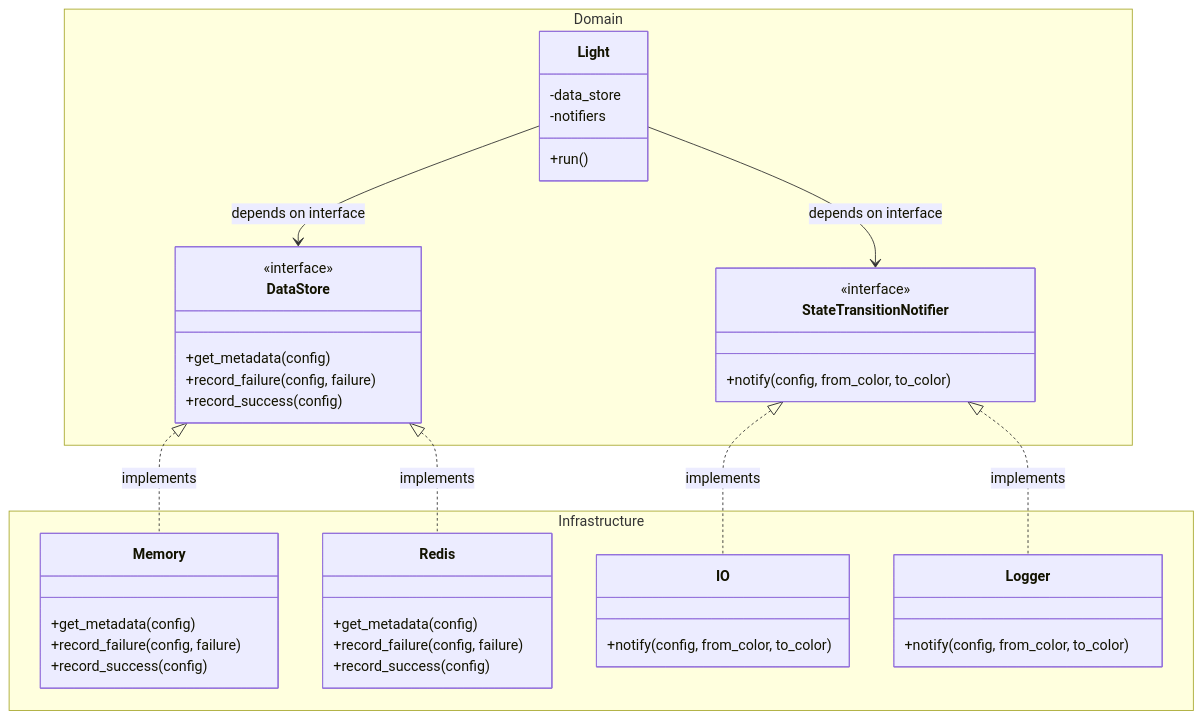
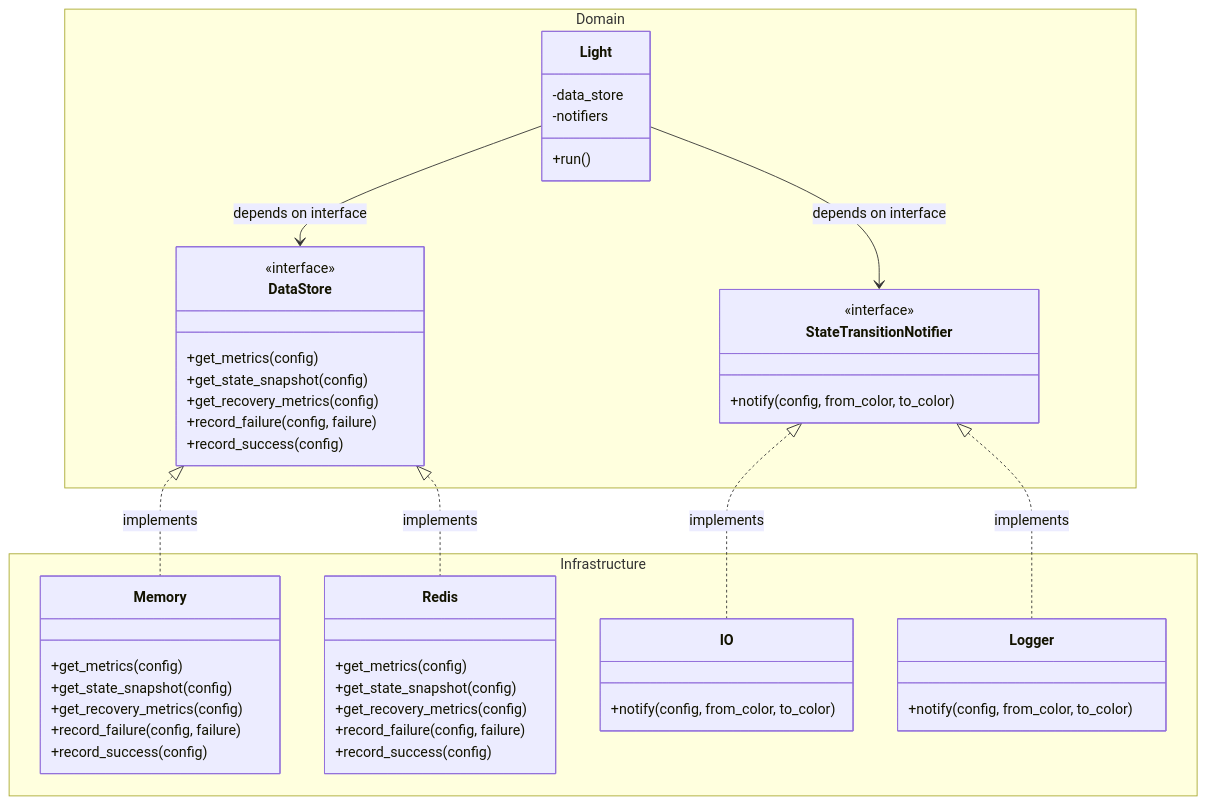
The fifth of 5 diagrams in docs/architecture.md (bolshakov/stoplight), drawn with Mermaid before and after one commit. The commit also changed other lines of this file and 56 other files, not shown here.

Commit message:
Split Metadata into Metrics and StateSnapshot

````diff
--- a/docs/architecture.md
+++ b/docs/architecture.md
@@ -353,61 +354,67 @@
 ```mermaid
 classDiagram
     class DataStore {
         <<interface>>
-        +get_metadata(config)
+        +get_metrics(config)
+        +get_state_snapshot(config)
+        +get_recovery_metrics(config)
         +record_failure(config, failure)
         +record_success(config)
     }
     
     class StateTransitionNotifier {
         <<interface>>
         +notify(config, from_color, to_color)
     }
     
     class Memory {
-        +get_metadata(config)
+        +get_metrics(config)
+        +get_state_snapshot(config)
+        +get_recovery_metrics(config)
         +record_failure(config, failure)
         +record_success(config)
     }
     
     class Redis {
-        +get_metadata(config)
+        +get_metrics(config)
+        +get_state_snapshot(config)
+        +get_recovery_metrics(config)
         +record_failure(config, failure)
         +record_success(config)
     }
     
     class IO {
         +notify(config, from_color, to_color)
     }
     
     class Logger {
         +notify(config, from_color, to_color)
     }
     
     class Light {
         -data_store
         -notifiers
         +run()
     }
     
     DataStore <|.. Memory : implements
     DataStore <|.. Redis : implements
     StateTransitionNotifier <|.. IO : implements
     StateTransitionNotifier <|.. Logger : implements
     
     Light --> DataStore : depends on interface
     Light --> StateTransitionNotifier : depends on interface
     
     namespace Domain {
         class DataStore
         class StateTransitionNotifier
         class Light
     }
     
     namespace Infrastructure {
         class Memory
         class Redis
         class IO
         class Logger
     }
 ```
````
